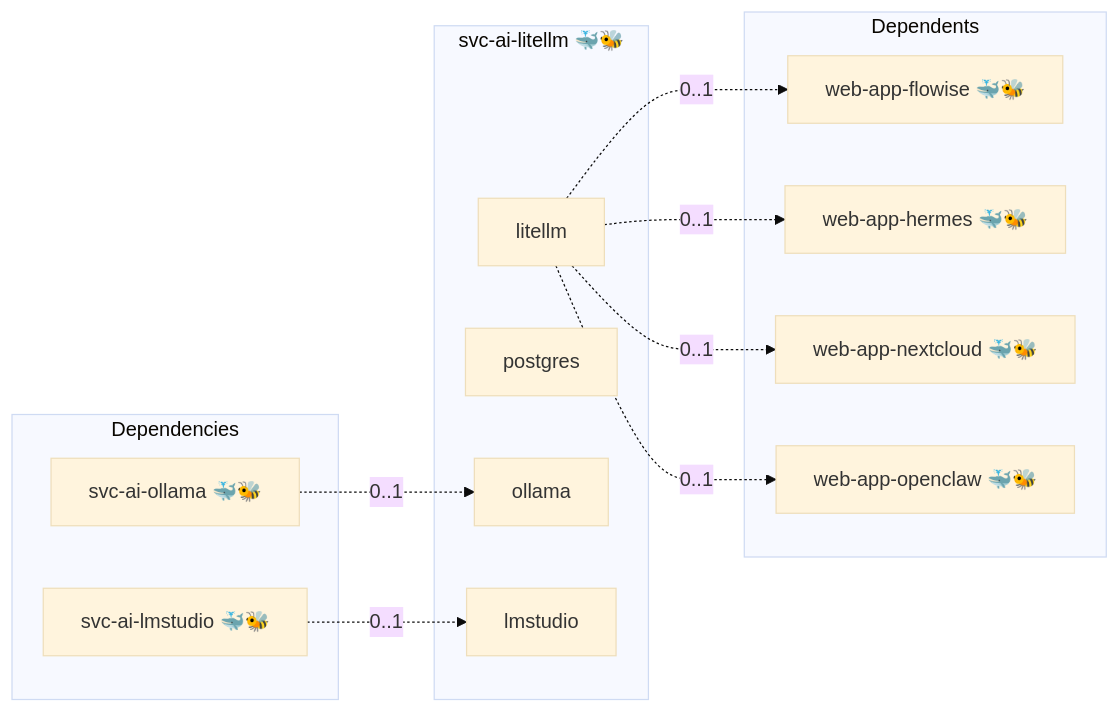
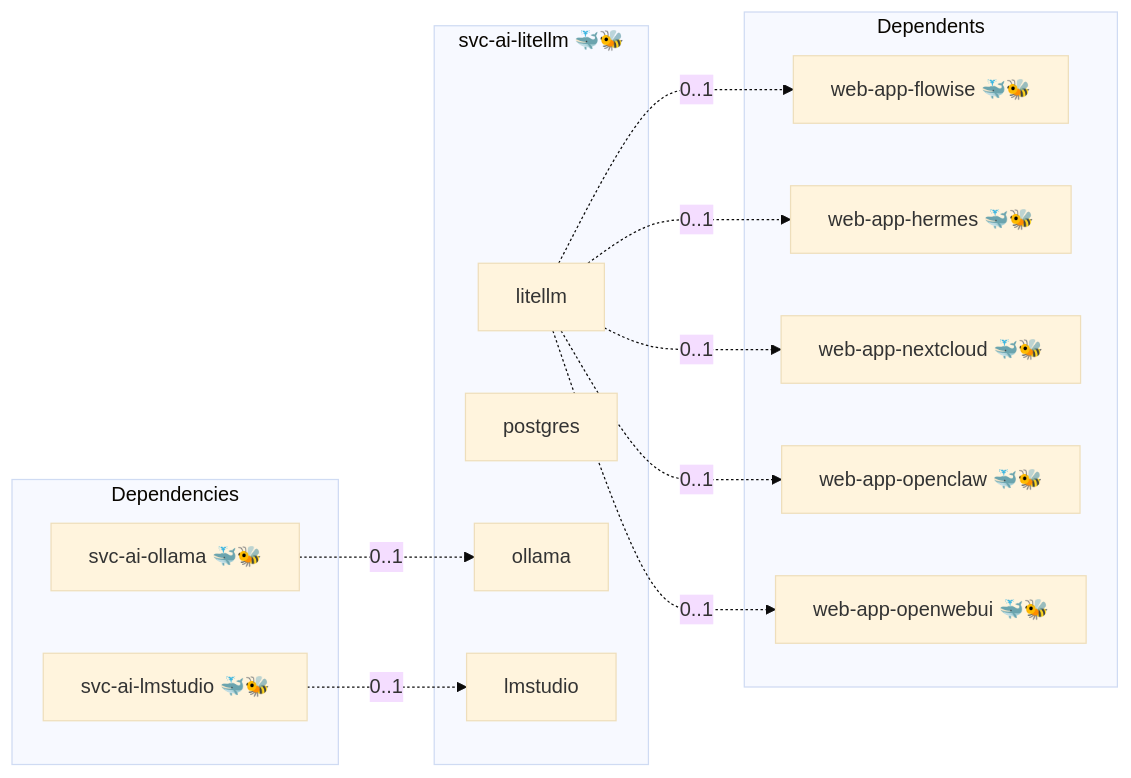
Before and after one commit to infinito-nexus/core: the diagram in roles/svc-ai-litellm/README.md, drawn with Mermaid (base theme). The commit also changed 16 other files, not shown here.

````diff
--- a/roles/svc-ai-litellm/README.md
+++ b/roles/svc-ai-litellm/README.md
@@ -15,25 +15,27 @@
 ```mermaid
 flowchart LR
     subgraph deps [Dependencies]
         dep_svc_ai_lmstudio["svc-ai-lmstudio 🐳🐝"]
         dep_svc_ai_ollama["svc-ai-ollama 🐳🐝"]
     end
     subgraph role [svc-ai-litellm 🐳🐝]
         svc_litellm["litellm"]
         svc_postgres["postgres"]
         svc_ollama["ollama"]
         svc_lmstudio["lmstudio"]
     end
     subgraph dependents [Dependents]
         dpt_web_app_flowise["web-app-flowise 🐳🐝"]
         dpt_web_app_hermes["web-app-hermes 🐳🐝"]
         dpt_web_app_nextcloud["web-app-nextcloud 🐳🐝"]
         dpt_web_app_openclaw["web-app-openclaw 🐳🐝"]
+        dpt_web_app_openwebui["web-app-openwebui 🐳🐝"]
     end
     dep_svc_ai_lmstudio -. "0..1" .-> svc_lmstudio
     dep_svc_ai_ollama -. "0..1" .-> svc_ollama
     svc_litellm -. "0..1" .-> dpt_web_app_flowise
     svc_litellm -. "0..1" .-> dpt_web_app_hermes
     svc_litellm -. "0..1" .-> dpt_web_app_nextcloud
     svc_litellm -. "0..1" .-> dpt_web_app_openclaw
+    svc_litellm -. "0..1" .-> dpt_web_app_openwebui
 ```
````
